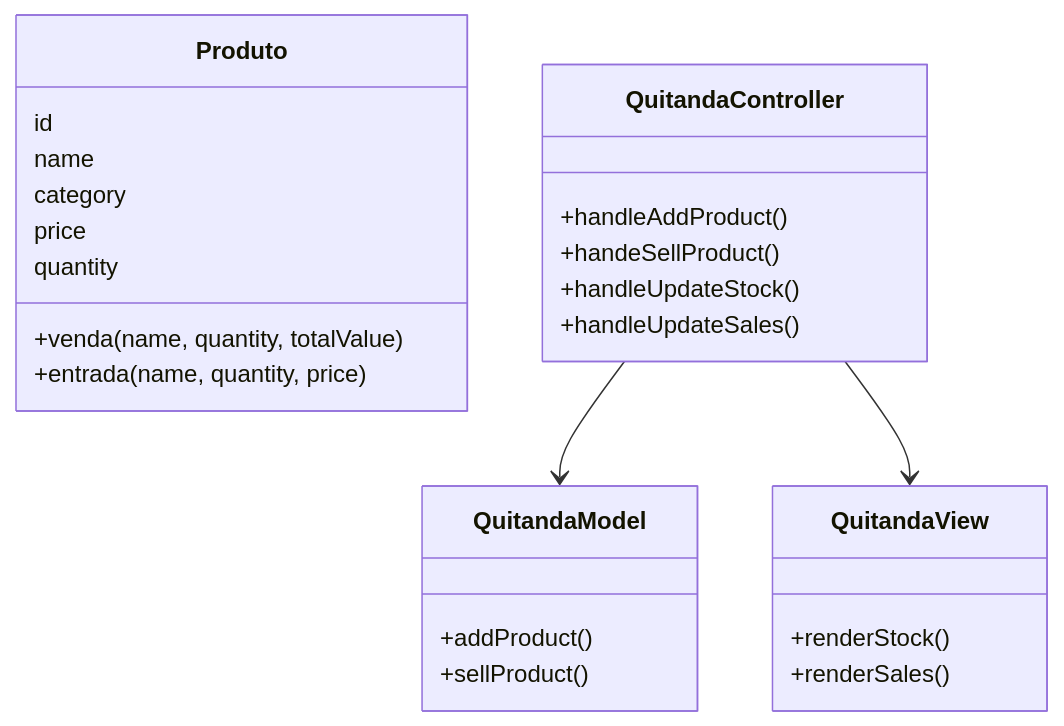
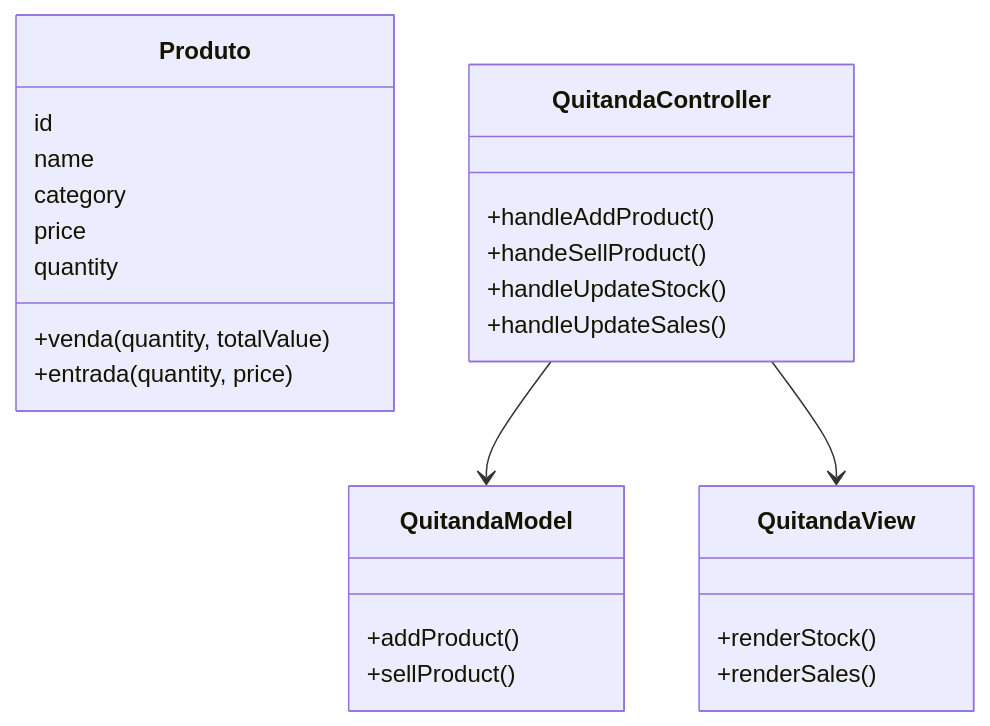
One commit to edxzyluksz/Desenvolvimento-de-Sistemas changed the third of 8 diagrams in 2026/3o-termo/programacao-front-end/demonstracoes/poo/sa-projeto-gerenciamento/README.md. Above: the diagram before and after it, drawn with Mermaid. The commit also changed other lines of this file and 10 other files, not shown here.

````diff
--- a/2026/3o-termo/programacao-front-end/demonstracoes/poo/sa-projeto-gerenciamento/README.md
+++ b/2026/3o-termo/programacao-front-end/demonstracoes/poo/sa-projeto-gerenciamento/README.md
@@ -274,33 +274,33 @@
 ```mermaid
 classDiagram
     class Produto {
         id
         name
         category
         price
         quantity
 
-        +venda(name, quantity, totalValue)
-        +entrada(name, quantity, price)
+        +venda(quantity, totalValue)
+        +entrada(quantity, price)
     }
 
     class QuitandaModel{
         +addProduct()
         +sellProduct()
     }
 
     class QuitandaView {
         +renderStock()
         +renderSales()
     }
 
     class QuitandaController {
         +handleAddProduct()
         +handeSellProduct()
         +handleUpdateStock()
         +handleUpdateSales()
     }
 
     QuitandaController --> QuitandaModel
     QuitandaController --> QuitandaView
 ```
````
